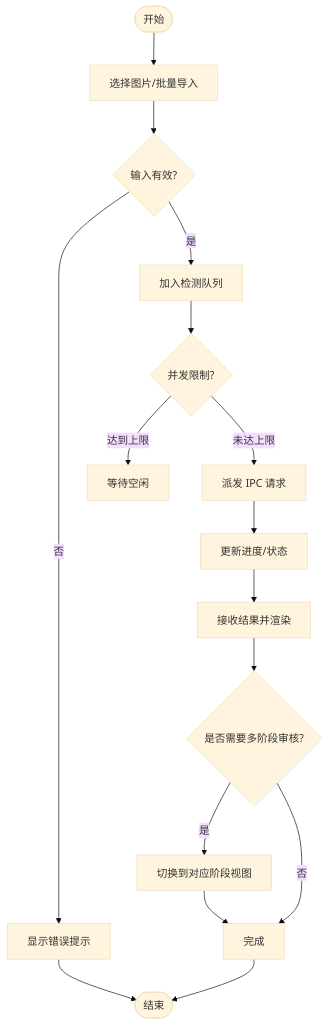
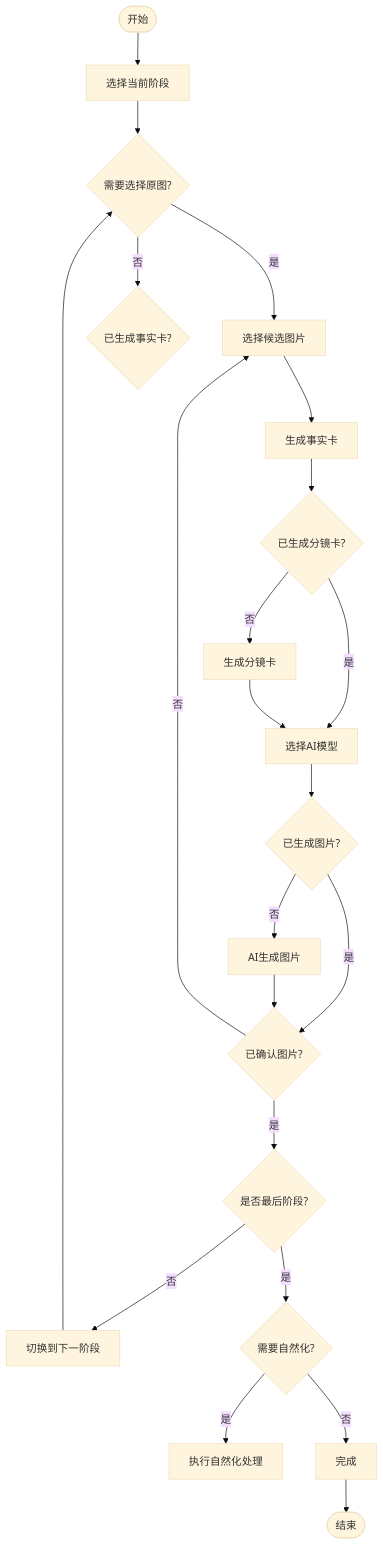
The third of 4 diagrams in .qoder/repowiki/zh/content/用户界面组件/视觉合规面板/视觉合规面板.md (iljahofbauer219-lang/yandu), drawn with Mermaid (base theme) before and after one commit. The commit also changed other lines of this file and 3071 other files, not shown here.

````diff
--- a/.qoder/repowiki/zh/content/用户界面组件/视觉合规面板/视觉合规面板.md
+++ b/.qoder/repowiki/zh/content/用户界面组件/视觉合规面板/视觉合规面板.md
@@ -147,18 +136,24 @@
 ```mermaid
 flowchart TD
-Start(["开始"]) --> Select["选择图片/批量导入"]
-Select --> Validate{"输入有效?"}
-Validate --> |否| ShowErr["显示错误提示"]
-Validate --> |是| Queue["加入检测队列"]
-Queue --> Concurrency{"并发限制?"}
-Concurrency --> |达到上限| Wait["等待空闲"]
-Concurrency --> |未达上限| Dispatch["派发 IPC 请求"]
-Dispatch --> Progress["更新进度/状态"]
-Progress --> Result["接收结果并渲染"]
-Result --> Review{"是否需要多阶段审核?"}
-Review --> |是| StageView["切换到对应阶段视图"]
-Review --> |否| Done["完成"]
-StageView --> Done
-ShowErr --> End(["结束"])
-Done --> End
+Start(["开始"]) --> StageSelect["选择当前阶段"]
+StageSelect --> SourceSelect{"需要选择原图?"}
+SourceSelect --> |是| SelectImages["选择参考原图"]
+SourceSelect --> |否| FactCardCheck{"已生成事实卡?"}
+SelectImages --> GenerateFactCards["生成事实卡"]
+GenerateFactCards --> StoryboardCheck{"已生成分镜卡?"}
+StoryboardCheck --> |否| GenerateStoryboard["生成分镜卡"]
+StoryboardCheck --> |是| ModelSelect["选择AI模型"]
+GenerateStoryboard --> ModelSelect
+ModelSelect --> ImageGenCheck{"已生成图片?"}
+ImageGenCheck --> |否| GenerateImages["AI生成图片"]
+ImageGenCheck --> |是| ConfirmCheck{"已确认图片?"}
+GenerateImages --> ConfirmCheck
+ConfirmCheck --> |否| SelectImages["选择候选图片"]
+ConfirmCheck --> |是| NextStage{"是否最后阶段?"}
+NextStage --> |否| SwitchStage["切换到下一阶段"]
+NextStage --> |是| NaturalizeCheck{"需要自然化?"}
+NaturalizeCheck --> |是| Naturalize["执行自然化处理"]
+NaturalizeCheck --> |否| Complete["完成"]
+SwitchStage --> SourceSelect
+Complete --> End(["结束"])
 ```
````
